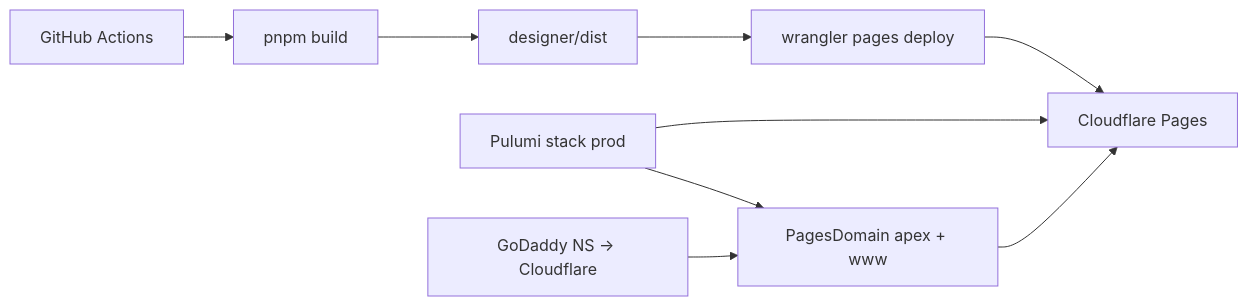
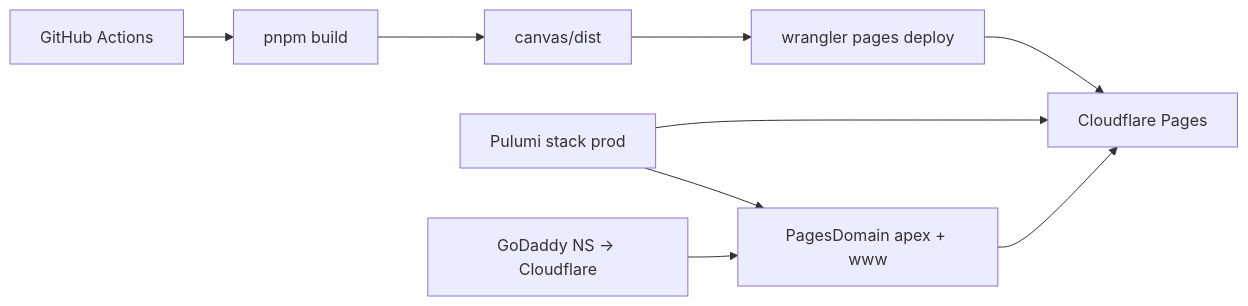
The diagram in docs/ADRs/0009-cloudflare-pages-static-hosting.md (mzworthington/archlens), drawn with Mermaid before and after one commit. The commit also changed other lines of this file and 622 other files, not shown here.

Commit message:
refactor: rename designer to canvas to align language

````diff
--- a/docs/ADRs/0009-cloudflare-pages-static-hosting.md
+++ b/docs/ADRs/0009-cloudflare-pages-static-hosting.md
@@ -40,11 +40,11 @@
 ```mermaid
 flowchart LR
   GHA[GitHub Actions] --> Build[pnpm build]
-  Build --> Dist[designer/dist]
+  Build --> Dist[canvas/dist]
   Dist --> Wrangler[wrangler pages deploy]
   Wrangler --> CFP[Cloudflare Pages]
   Pulumi[Pulumi stack prod] --> CFP
   Pulumi --> Domains[PagesDomain apex + www]
   DNS[GoDaddy NS → Cloudflare] --> Domains
   Domains --> CFP
 ```
````
